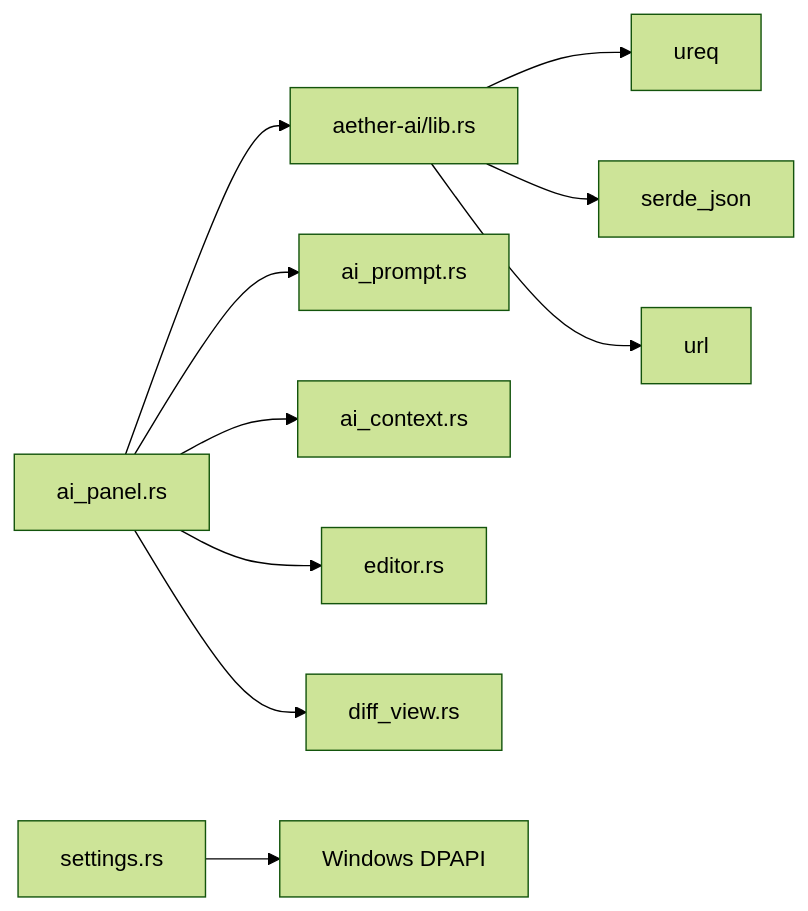
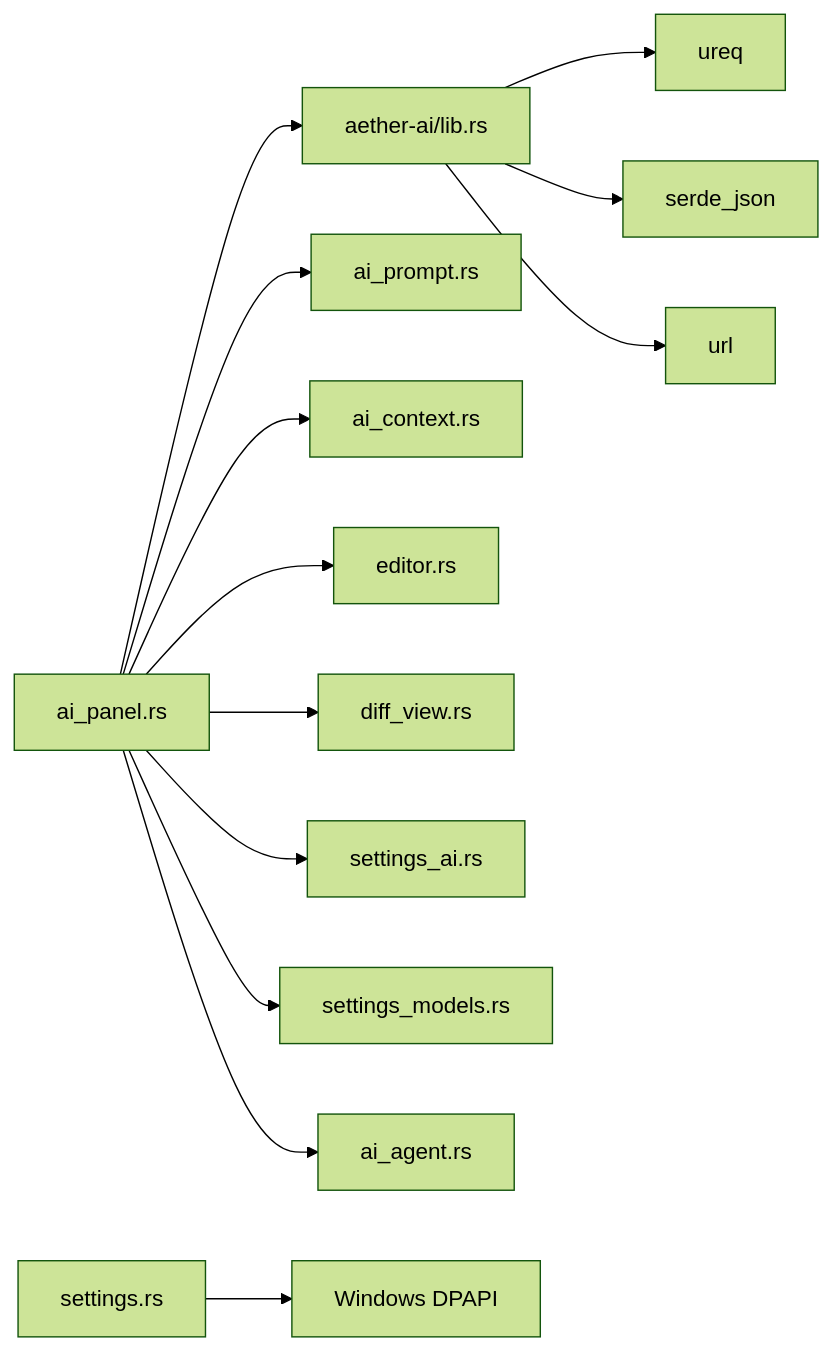
One commit to songdiyang/AetherStudio changed the eighth of 8 diagrams in .qoder/repowiki/zh/content/扩展系统/AI 助手集成.md. Above: the diagram before and after it, drawn with Mermaid (forest theme). The commit also changed other lines of this file and 25 other files, not shown here.

````diff
--- a/.qoder/repowiki/zh/content/扩展系统/AI 助手集成.md
+++ b/.qoder/repowiki/zh/content/扩展系统/AI 助手集成.md
@@ -325,12 +388,15 @@
 ```mermaid
 graph LR
 AP["ai_panel.rs"] --> AIC["aether-ai/lib.rs"]
 AP --> APt["ai_prompt.rs"]
 AP --> AC["ai_context.rs"]
 AP --> ED["editor.rs"]
 AP --> DF["diff_view.rs"]
+AP --> SA["settings_ai.rs"]
+AP --> SM["settings_models.rs"]
+AP --> AA["ai_agent.rs"]
 AIC --> U["ureq"]
 AIC --> SJ["serde_json"]
 AIC --> UR["url"]
 SET["settings.rs"] --> DP["Windows DPAPI"]
 ```
````
